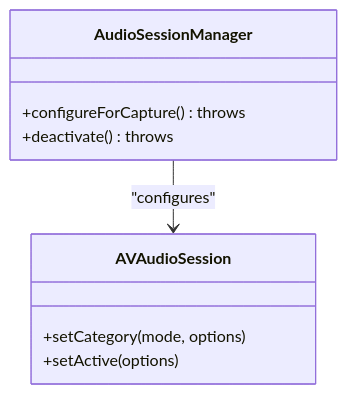
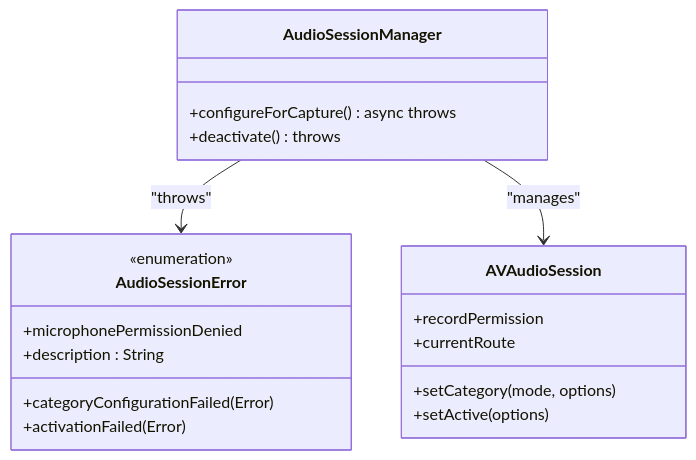
The fifth of 6 diagrams in .qoder/repowiki/en/content/Core Services/Audio Processing.md (alexandreybasta-cyber/factshield-ios), drawn with Mermaid before and after one commit. The commit also changed other lines of this file and 97 other files, not shown here.

````diff
--- a/.qoder/repowiki/en/content/Core Services/Audio Processing.md
+++ b/.qoder/repowiki/en/content/Core Services/Audio Processing.md
@@ -219,12 +231,22 @@
 ```mermaid
 classDiagram
 class AudioSessionManager {
-+configureForCapture() throws
++configureForCapture() async throws
 +deactivate() throws
 }
+class AudioSessionError {
+<<enumeration>>
++microphonePermissionDenied
++categoryConfigurationFailed(Error)
++activationFailed(Error)
++description : String
+}
 class AVAudioSession {
++recordPermission
 +setCategory(mode, options)
 +setActive(options)
++currentRoute
 }
-AudioSessionManager --> AVAudioSession : "configures"
+AudioSessionManager --> AudioSessionError : "throws"
+AudioSessionManager --> AVAudioSession : "manages"
 ```
````
